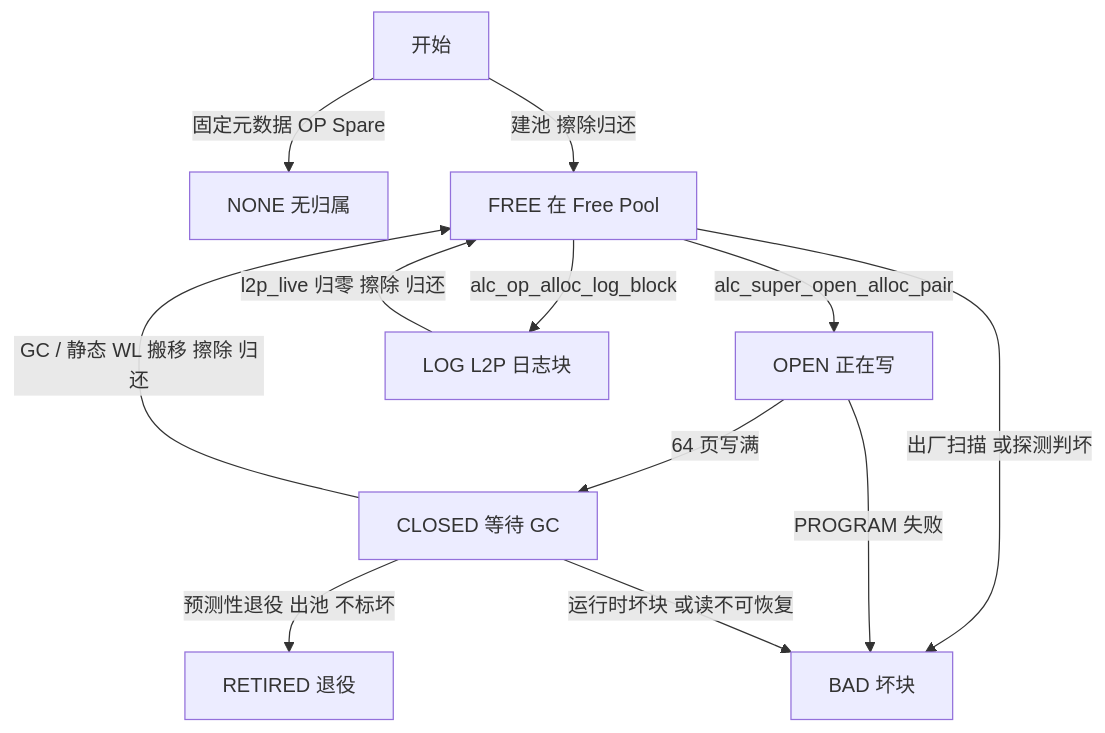
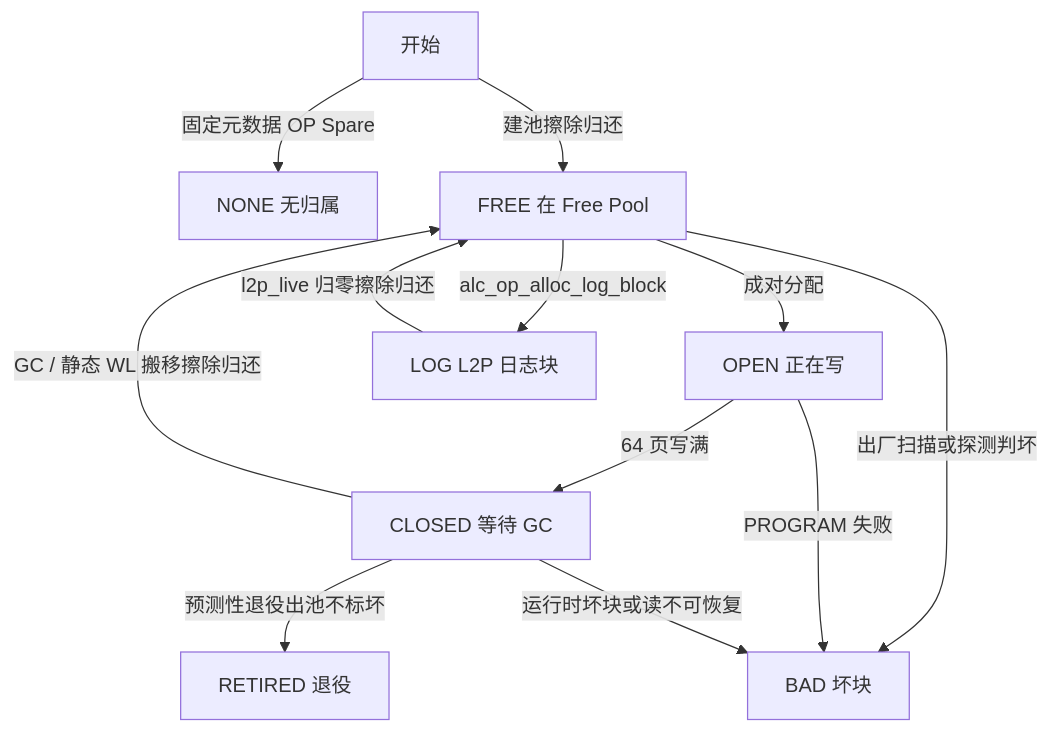
One commit to YzYMIAO/BASESSD changed the seventh of 36 diagrams in docs/design/ftl_design.md. Above: the diagram before and after it, drawn with Mermaid. The commit also changed other lines of this file and 49 other files, not shown here.

````diff
--- a/docs/design/ftl_design.md
+++ b/docs/design/ftl_design.md
@@ -1397,22 +1326,22 @@
 ```mermaid
 flowchart TD
-    START["开始"]
-    NONE["NONE 无归属"]
-    FREE["FREE 在 Free Pool"]
-    OPEN["OPEN 正在写"]
-    CLOSED["CLOSED 等待 GC"]
-    LOG["LOG L2P 日志块"]
-    RETIRED["RETIRED 退役"]
-    BAD["BAD 坏块"]
-    START -- "固定元数据 OP Spare" --> NONE
-    START -- "建池 擦除归还" --> FREE
-    FREE -- "alc_super_open_alloc_pair" --> OPEN
-    OPEN -- "64 页写满" --> CLOSED
-    CLOSED -- "GC / 静态 WL 搬移 擦除 归还" --> FREE
-    CLOSED -- "预测性退役 出池 不标坏" --> RETIRED
-    FREE -- "alc_op_alloc_log_block" --> LOG
-    LOG -- "l2p_live 归零 擦除 归还" --> FREE
-    FREE -- "出厂扫描 或探测判坏" --> BAD
-    OPEN -- "PROGRAM 失败" --> BAD
-    CLOSED -- "运行时坏块 或读不可恢复" --> BAD
+ START["开始"]
+ NONE["NONE 无归属"]
+ FREE["FREE 在 Free Pool"]
+ OPEN["OPEN 正在写"]
+ CLOSED["CLOSED 等待 GC"]
+ LOG["LOG L2P 日志块"]
+ RETIRED["RETIRED 退役"]
+ BAD["BAD 坏块"]
+ START -- "固定元数据 OP Spare" --> NONE
+ START -- "建池擦除归还" --> FREE
+ FREE -- "成对分配" --> OPEN
+ OPEN -- "64 页写满" --> CLOSED
+ CLOSED -- "GC / 静态 WL 搬移擦除归还" --> FREE
+ CLOSED -- "预测性退役出池不标坏" --> RETIRED
+ FREE -- "alc_op_alloc_log_block" --> LOG
+ LOG -- "l2p_live 归零擦除归还" --> FREE
+ FREE -- "出厂扫描或探测判坏" --> BAD
+ OPEN -- "PROGRAM 失败" --> BAD
+ CLOSED -- "运行时坏块或读不可恢复" --> BAD
 ```
````
